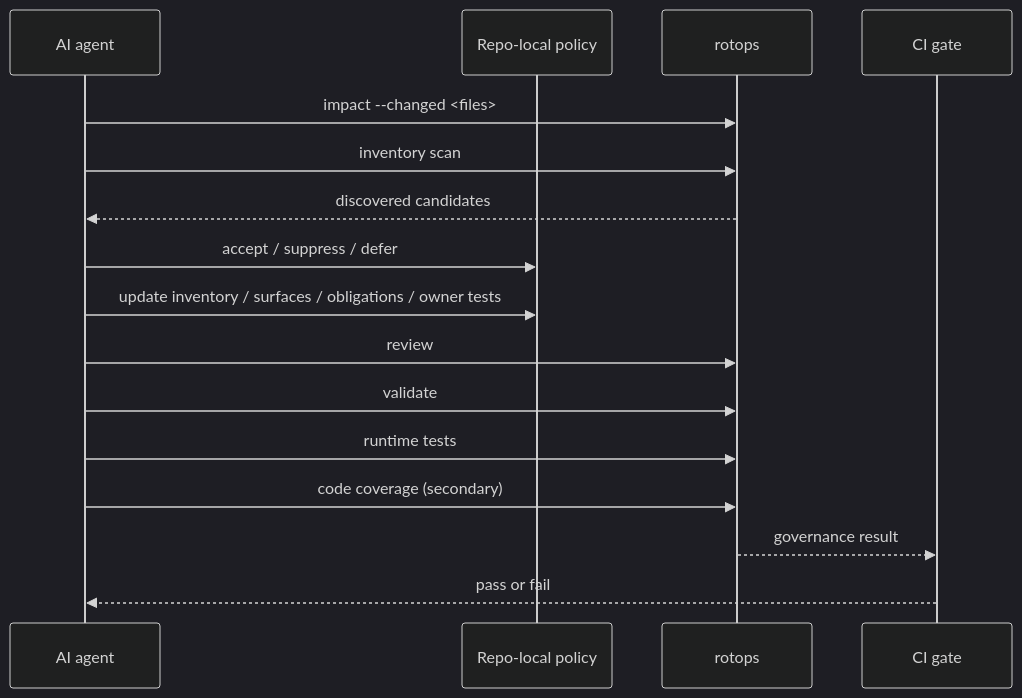
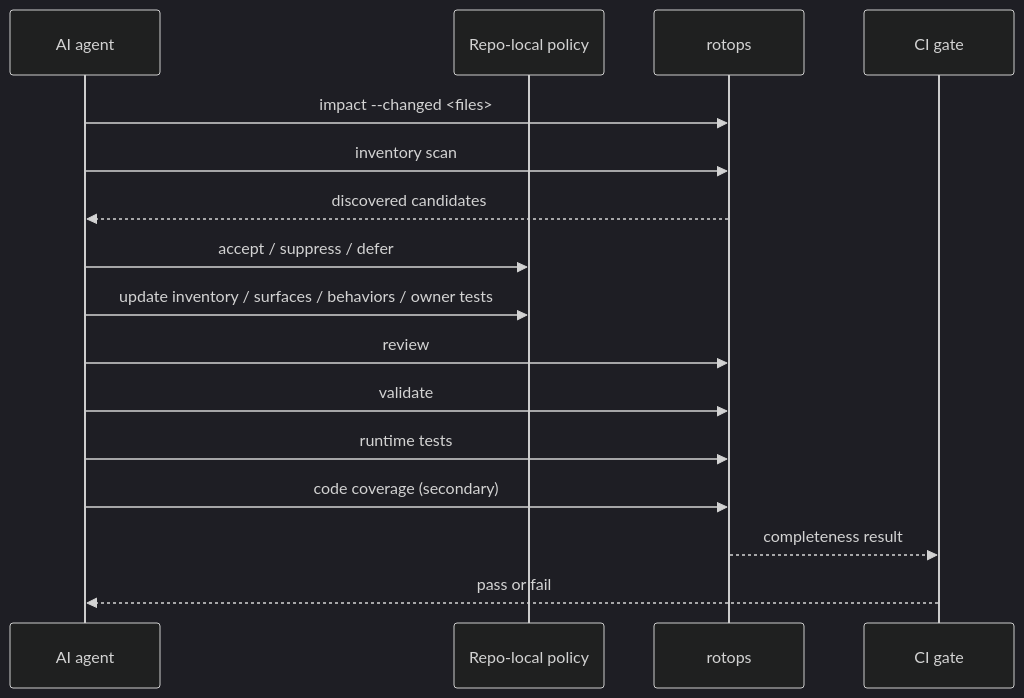
One commit to philo-kim/runtime-obligation-testops changed the fourth of 4 diagrams in README.md. Above: the diagram before and after it, drawn with Mermaid (dark theme). The commit also changed other lines of this file and 29 other files, not shown here.

````diff
--- a/README.md
+++ b/README.md
@@ -341,19 +344,19 @@
 ```mermaid
 sequenceDiagram
   participant AI as AI agent
   participant Repo as Repo-local policy
   participant R as rotops
   participant CI as CI gate
 
   AI->>R: impact --changed <files>
   AI->>R: inventory scan
   R-->>AI: discovered candidates
   AI->>Repo: accept / suppress / defer
-  AI->>Repo: update inventory / surfaces / obligations / owner tests
+  AI->>Repo: update inventory / surfaces / behaviors / owner tests
   AI->>R: review
   AI->>R: validate
   AI->>R: runtime tests
   AI->>R: code coverage (secondary)
-  R-->>CI: governance result
+  R-->>CI: completeness result
   CI-->>AI: pass or fail
 ```
````
